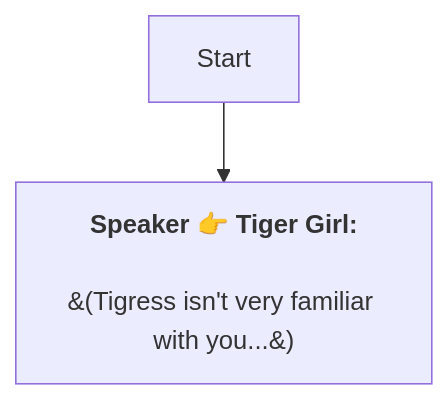
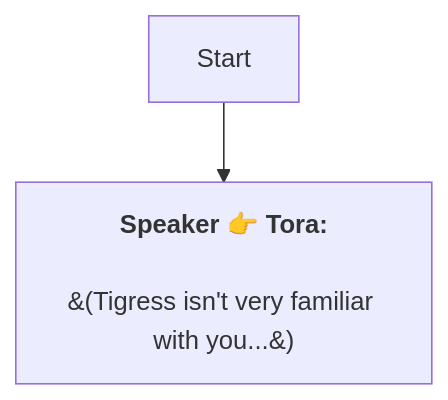
Before and after one commit to SoftHu/tos_avg: the diagram in En/Tora.md, drawn with Mermaid. The commit also changed 737 other files, not shown here.

````diff
--- a/En/Tora.md
+++ b/En/Tora.md
@@ -1,7 +1,6 @@
 ```mermaid
 graph
-Start -->1741635402456294[<b>Speaker 👉 Tiger Girl:</b>
+Start -->1741635402456294[<b>Speaker 👉 Tora:</b>
+\n&#40;Tigress isn't very familiar with you...&#41;]
 
-&#40;Tigress isn't very familiar with you...&#41;]
-
- ```
+```
````
